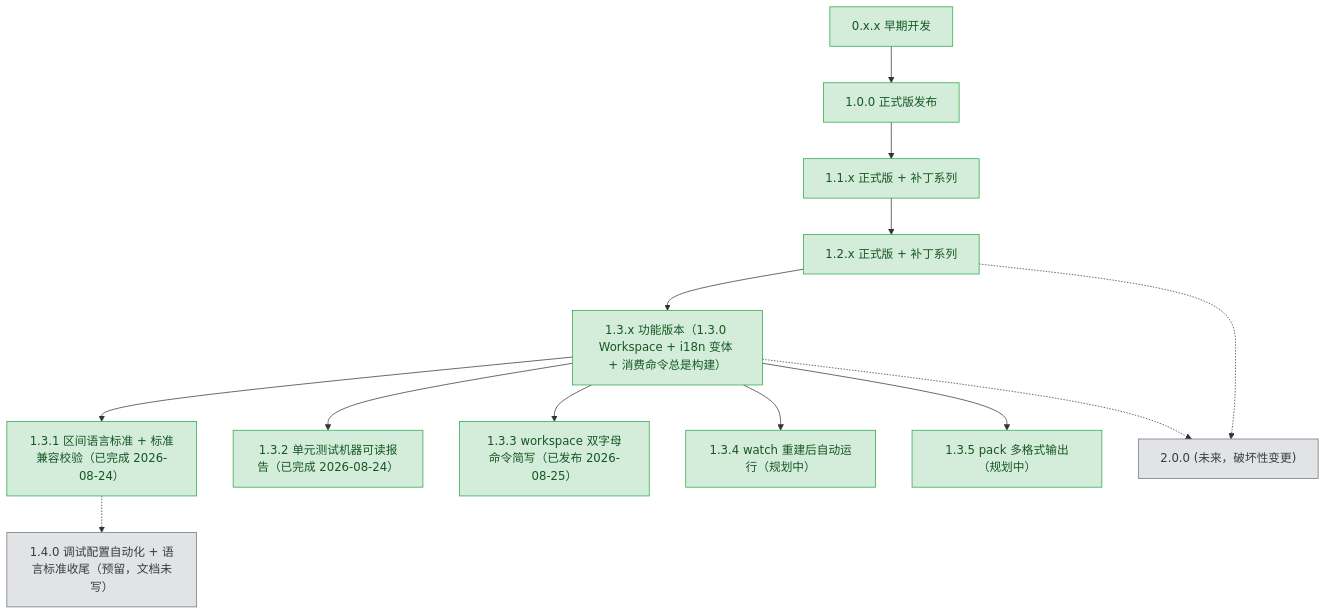
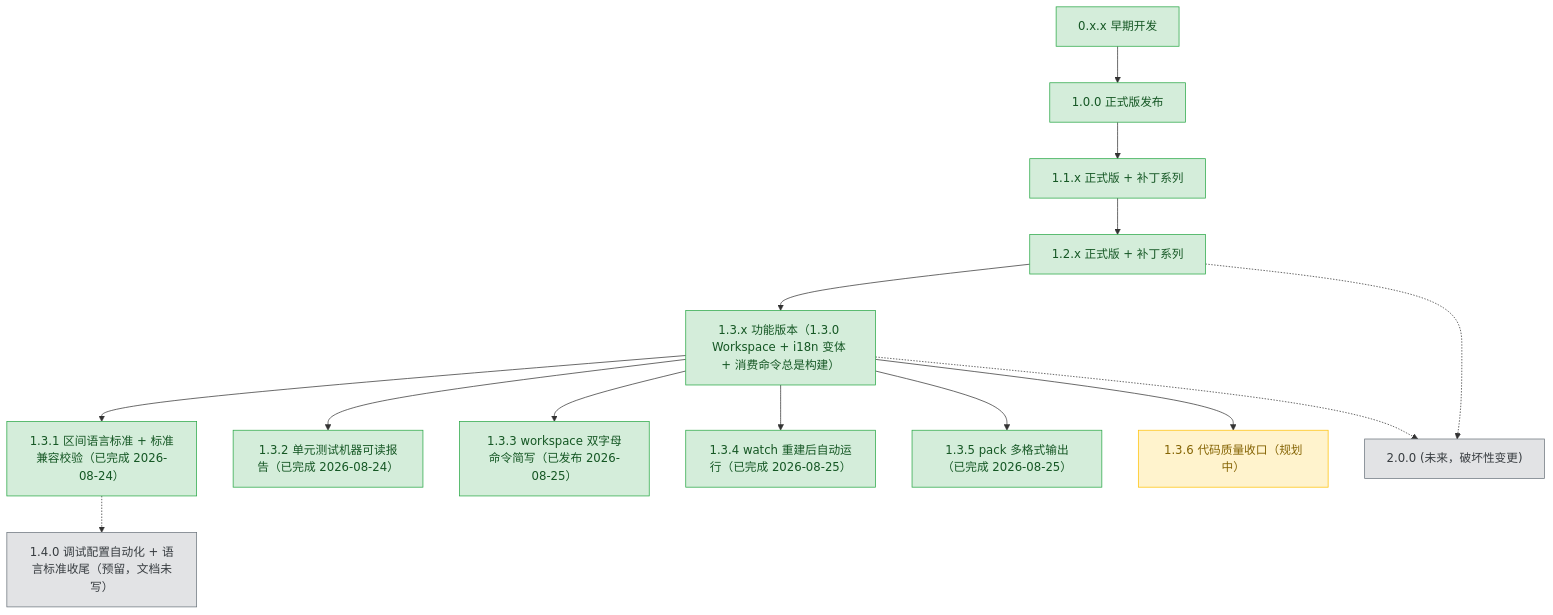
The diagram in plans/README.md (3667808244/EazyMake), drawn with Mermaid before and after one commit. The commit also changed other lines of this file and 2 other files, not shown here.

````diff
--- a/plans/README.md
+++ b/plans/README.md
@@ -62,46 +62,47 @@
 ```mermaid
 graph TD
     v0xx["0.x.x 早期开发"]
     v100["1.0.0 正式版发布"]
     v11x["1.1.x 正式版 + 补丁系列"]
     v12x["1.2.x 正式版 + 补丁系列"]
     v13x["1.3.x 功能版本（1.3.0 Workspace + i18n 变体 + 消费命令总是构建）"]
     v131["1.3.1 区间语言标准 + 标准兼容校验（已完成 2026-08-24）"]
     v132["1.3.2 单元测试机器可读报告（已完成 2026-08-24）"]
     v133["1.3.3 workspace 双字母命令简写（已发布 2026-08-25）"]
     v134["1.3.4 watch 重建后自动运行（已完成 2026-08-25）"]
     v135["1.3.5 pack 多格式输出（已完成 2026-08-25）"]
-    v134["1.3.4 watch 重建后自动运行（规划中）"]
-    v135["1.3.5 pack 多格式输出（规划中）"]
+    v136["1.3.6 代码质量收口（规划中）"]
     v140["1.4.0 调试配置自动化 + 语言标准收尾（预留，文档未写）"]
     v200["2.0.0 (未来，破坏性变更)"]
 
     v0xx --> v100
     v100 --> v11x
     v11x --> v12x
     v12x --> v13x
     v13x --> v131
     v13x --> v132
     v13x --> v133
     v13x --> v134
     v13x --> v135
+    v13x --> v136
     v131 -.-> v140
     v12x -.-> v200
     v13x -.-> v200
 
     classDef done fill:#d4edda,stroke:#28a745,color:#155724;
     classDef active fill:#fff3cd,stroke:#ffc107,color:#856404;
     classDef todo fill:#e2e3e5,stroke:#6c757d,color:#383d41;
 
     class v0xx,v100 done;
     class v11x done;
     class v12x done;
     class v13x done;
     class v131 done;
     class v132 done;
     class v133 done;
     class v134 done;
     class v135 done;
+    class v136 active;
     class v140 todo;
     class v200 todo;
 ```
````
